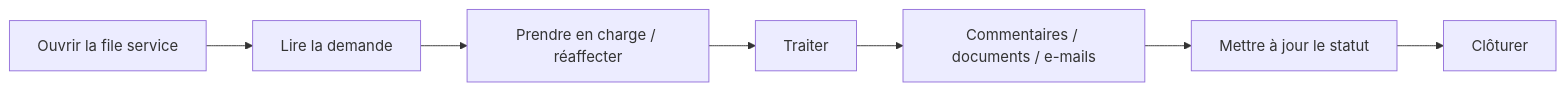
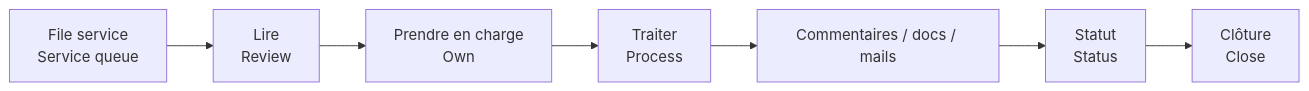
The second of 2 diagrams in projects/power-platform-ticketing-system/docs/USER_JOURNEY.md (jeffersonkuku/jefferson-Mawapanga-Saku), drawn with Mermaid before and after one commit. The commit also changed other lines of this file and 13 other files, not shown here.

````diff
--- a/projects/power-platform-ticketing-system/docs/USER_JOURNEY.md
+++ b/projects/power-platform-ticketing-system/docs/USER_JOURNEY.md
@@ -57,9 +21,9 @@
 ```mermaid
 flowchart LR
-    A[Ouvrir la file service] --> B[Lire la demande]
-    B --> C[Prendre en charge / réaffecter]
-    C --> D[Traiter]
-    D --> E[Commentaires / documents / e-mails]
-    E --> F[Mettre à jour le statut]
-    F --> G[Clôturer]
+    A[File service<br/>Service queue] --> B[Lire<br/>Review]
+    B --> C[Prendre en charge<br/>Own]
+    C --> D[Traiter<br/>Process]
+    D --> E[Commentaires / docs / mails]
+    E --> F[Statut<br/>Status]
+    F --> G[Clôture<br/>Close]
 ```
````
